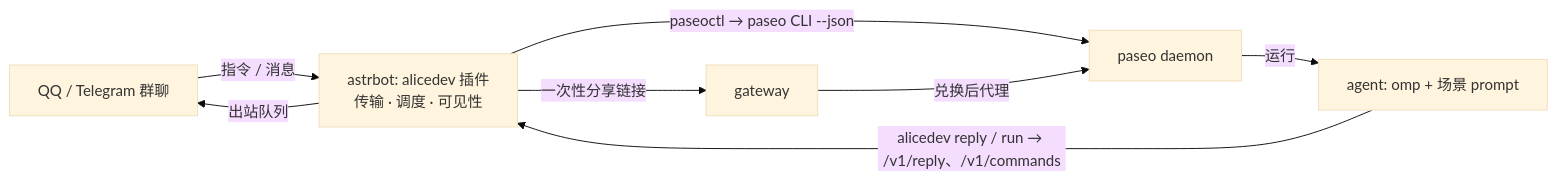
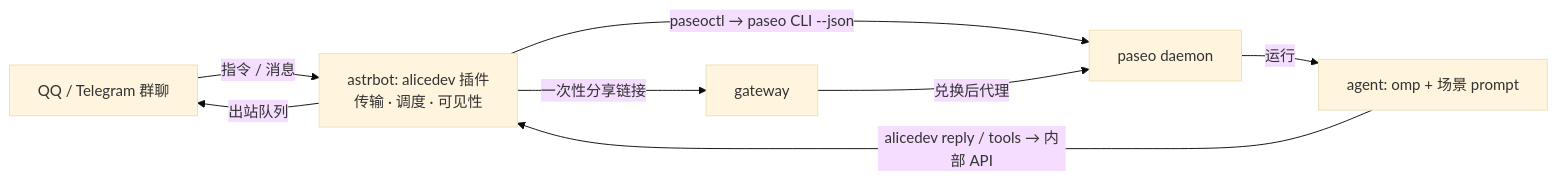
Before and after one commit to mouriya-s-lab/alicedev: the diagram in README.md, drawn with Mermaid (base theme). The commit also changed other lines of this file and 59 other files, not shown here.

Commit message:
feat: separate requirement records and typed agent tools

````diff
--- a/README.md
+++ b/README.md
@@ -5,10 +5,10 @@
 ```mermaid
 flowchart LR
   chat[QQ / Telegram 群聊] -->|指令 / 消息| bot[astrbot: alicedev 插件<br/>传输 · 调度 · 可见性]
   bot -->|paseoctl → paseo CLI --json| paseo[paseo daemon]
   paseo -->|运行| agent[agent: omp + 场景 prompt]
-  agent -->|alicedev reply / run → /v1/reply、/v1/commands| bot
+  agent -->|alicedev reply / tools → 内部 API| bot
   bot -->|出站队列| chat
   bot -->|一次性分享链接| gateway[gateway]
   gateway -->|兑换后代理| paseo
 ```
````
